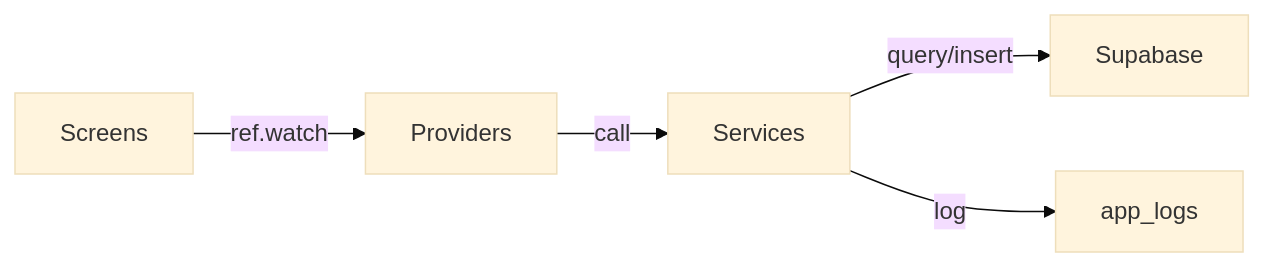
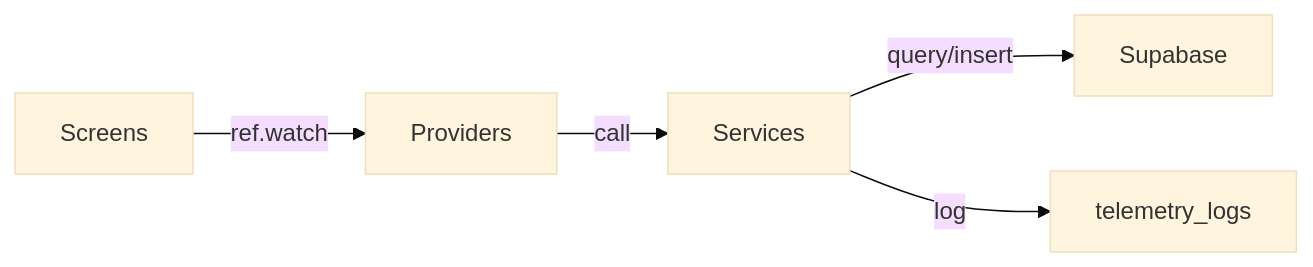
Before and after one commit to JMLegere/geo-app: the first of 3 diagrams in docs/design.md, drawn with Mermaid (base theme). The commit also changed other lines of this file and 35 other files, not shown here.

First line of the commit message:
Replace app_logs with OTel-shaped telemetry (#490)

````diff
--- a/docs/design.md
+++ b/docs/design.md
@@ -55,7 +55,7 @@
 ```mermaid
 graph LR
     Screens -->|ref.watch| Providers
     Providers -->|call| Services
     Services -->|query/insert| Supabase
-    Services -->|log| app_logs
+    Services -->|log| telemetry_logs
 ```
````
